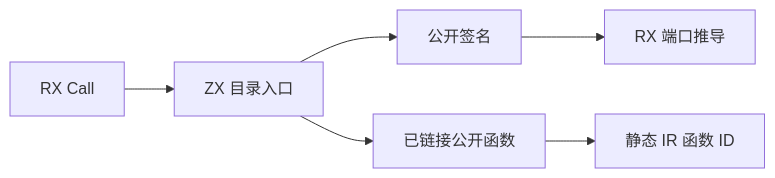
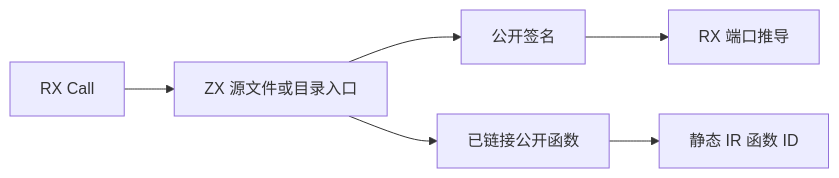
One commit to MatrixAges/zray changed the first of 2 diagrams in docs/2026-11-17/RX命名函数直接调用.md. Above: the diagram before and after it, drawn with Mermaid. The commit also changed other lines of this file and 56 other files, not shown here.

````diff
--- a/docs/2026-11-17/RX命名函数直接调用.md
+++ b/docs/2026-11-17/RX命名函数直接调用.md
@@ -11,8 +11,8 @@
 ```mermaid
 flowchart LR
-    A[RX Call] --> B[ZX 目录入口]
+    A[RX Call] --> B[ZX 源文件或目录入口]
     B --> C[公开签名]
     B --> D[已链接公开函数]
     C --> E[RX 端口推导]
     D --> F[静态 IR 函数 ID]
 ```
````
